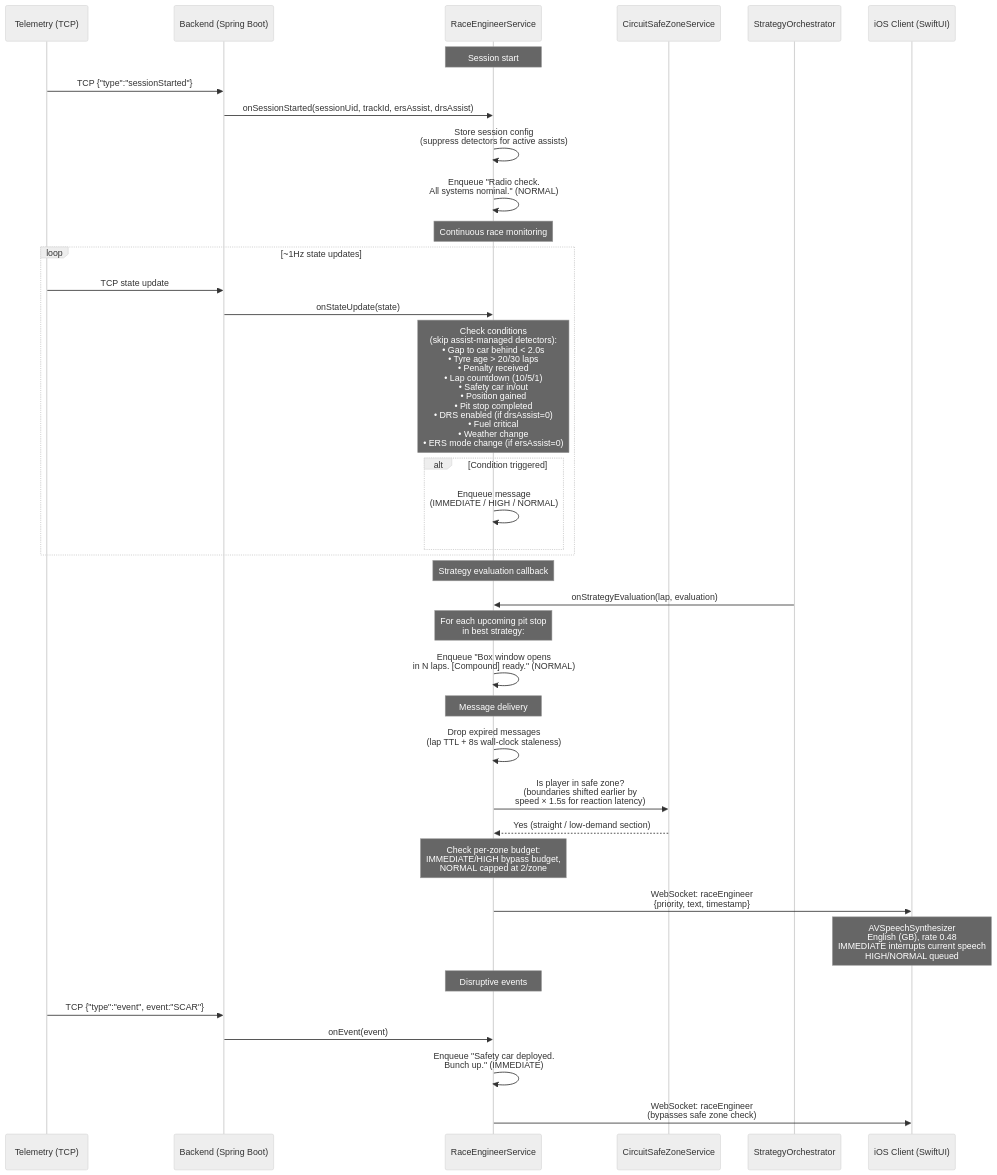
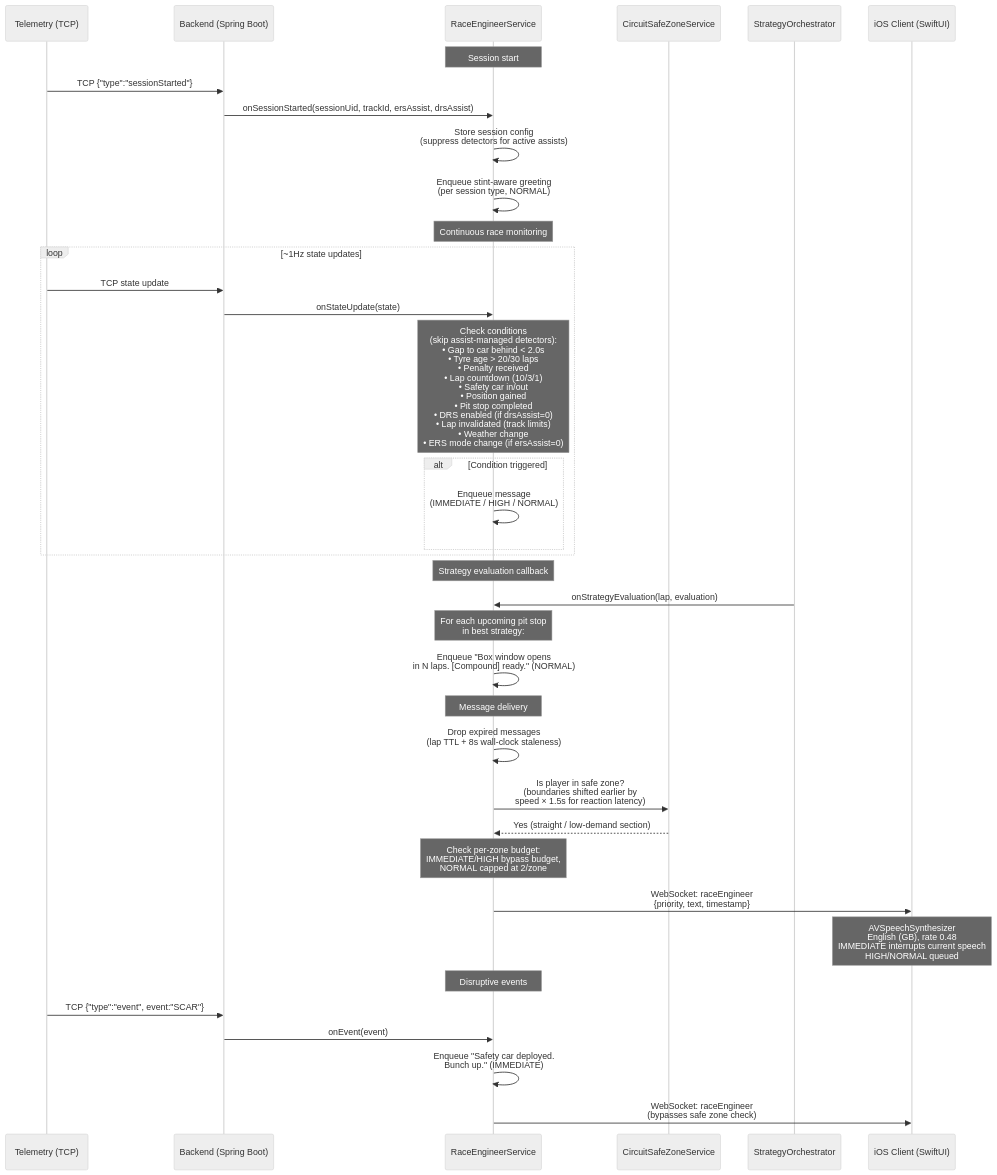
Before and after one commit to vmleon/f12025-race-strategy-simulation: the diagram in design/08-RACE_ENGINEER_VOICE.md, drawn with Mermaid (neutral theme). The commit also changed other lines of this file and 7 other files, not shown here.

````diff
--- a/design/08-RACE_ENGINEER_VOICE.md
+++ b/design/08-RACE_ENGINEER_VOICE.md
@@ -123,44 +123,44 @@
 ```mermaid
 sequenceDiagram
     participant Telemetry as Telemetry (TCP)
     participant Backend as Backend (Spring Boot)
     participant Eng as RaceEngineerService
     participant SafeZone as CircuitSafeZoneService
     participant StratOrch as StrategyOrchestrator
     participant iOS as iOS Client (SwiftUI)
 
     Note over Eng: Session start
     Telemetry->>Backend: TCP {"type":"sessionStarted"}
     Backend->>Eng: onSessionStarted(sessionUid, trackId, ersAssist, drsAssist)
     Eng->>Eng: Store session config<br/>(suppress detectors for active assists)
-    Eng->>Eng: Enqueue "Radio check.<br/>All systems nominal." (NORMAL)
+    Eng->>Eng: Enqueue stint-aware greeting<br/>(per session type, NORMAL)
 
     Note over Eng: Continuous race monitoring
     loop ~1Hz state updates
         Telemetry->>Backend: TCP state update
         Backend->>Eng: onStateUpdate(state)
-        Note over Eng: Check conditions<br/>(skip assist-managed detectors):<br/>• Gap to car behind < 2.0s<br/>• Tyre age > 20/30 laps<br/>• Penalty received<br/>• Lap countdown (10/5/1)<br/>• Safety car in/out<br/>• Position gained<br/>• Pit stop completed<br/>• DRS enabled (if drsAssist=0)<br/>• Fuel critical<br/>• Weather change<br/>• ERS mode change (if ersAssist=0)
+        Note over Eng: Check conditions<br/>(skip assist-managed detectors):<br/>• Gap to car behind < 2.0s<br/>• Tyre age > 20/30 laps<br/>• Penalty received<br/>• Lap countdown (10/3/1)<br/>• Safety car in/out<br/>• Position gained<br/>• Pit stop completed<br/>• DRS enabled (if drsAssist=0)<br/>• Lap invalidated (track limits)<br/>• Weather change<br/>• ERS mode change (if ersAssist=0)
         alt Condition triggered
             Eng->>Eng: Enqueue message<br/>(IMMEDIATE / HIGH / NORMAL)
         end
     end
 
     Note over Eng: Strategy evaluation callback
     StratOrch->>Eng: onStrategyEvaluation(lap, evaluation)
     Note over Eng: For each upcoming pit stop<br/>in best strategy:
     Eng->>Eng: Enqueue "Box window opens<br/>in N laps. [Compound] ready." (NORMAL)
 
     Note over Eng: Message delivery
     Eng->>Eng: Drop expired messages<br/>(lap TTL + 8s wall-clock staleness)
     Eng->>SafeZone: Is player in safe zone?<br/>(boundaries shifted earlier by<br/>speed × 1.5s for reaction latency)
     SafeZone-->>Eng: Yes (straight / low-demand section)
     Note over Eng: Check per-zone budget:<br/>IMMEDIATE/HIGH bypass budget,<br/>NORMAL capped at 2/zone
     Eng->>iOS: WebSocket: raceEngineer<br/>{priority, text, timestamp}
     Note over iOS: AVSpeechSynthesizer<br/>English (GB), rate 0.48<br/>IMMEDIATE interrupts current speech<br/>HIGH/NORMAL queued
 
     Note over Eng: Disruptive events
     Telemetry->>Backend: TCP {"type":"event", event:"SCAR"}
     Backend->>Eng: onEvent(event)
     Eng->>Eng: Enqueue "Safety car deployed.<br/>Bunch up." (IMMEDIATE)
     Eng->>iOS: WebSocket: raceEngineer<br/>(bypasses safe zone check)
 ```
````
